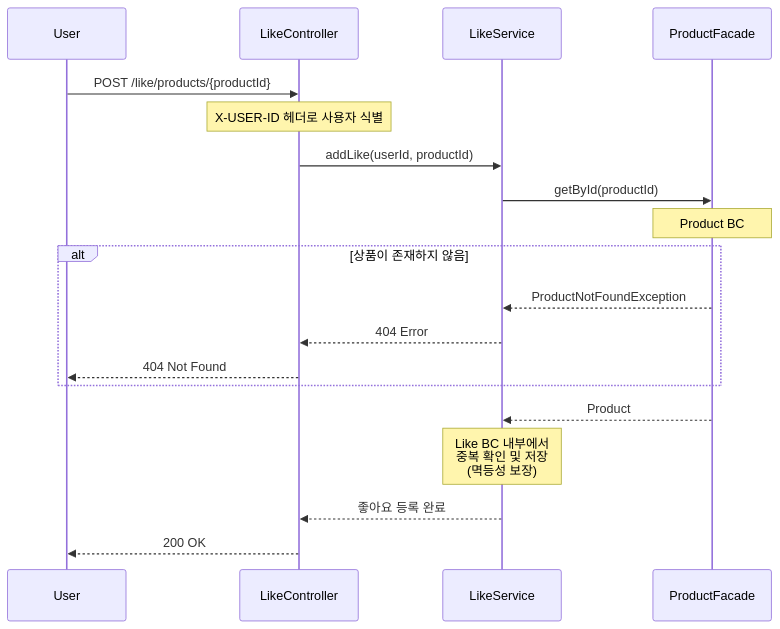
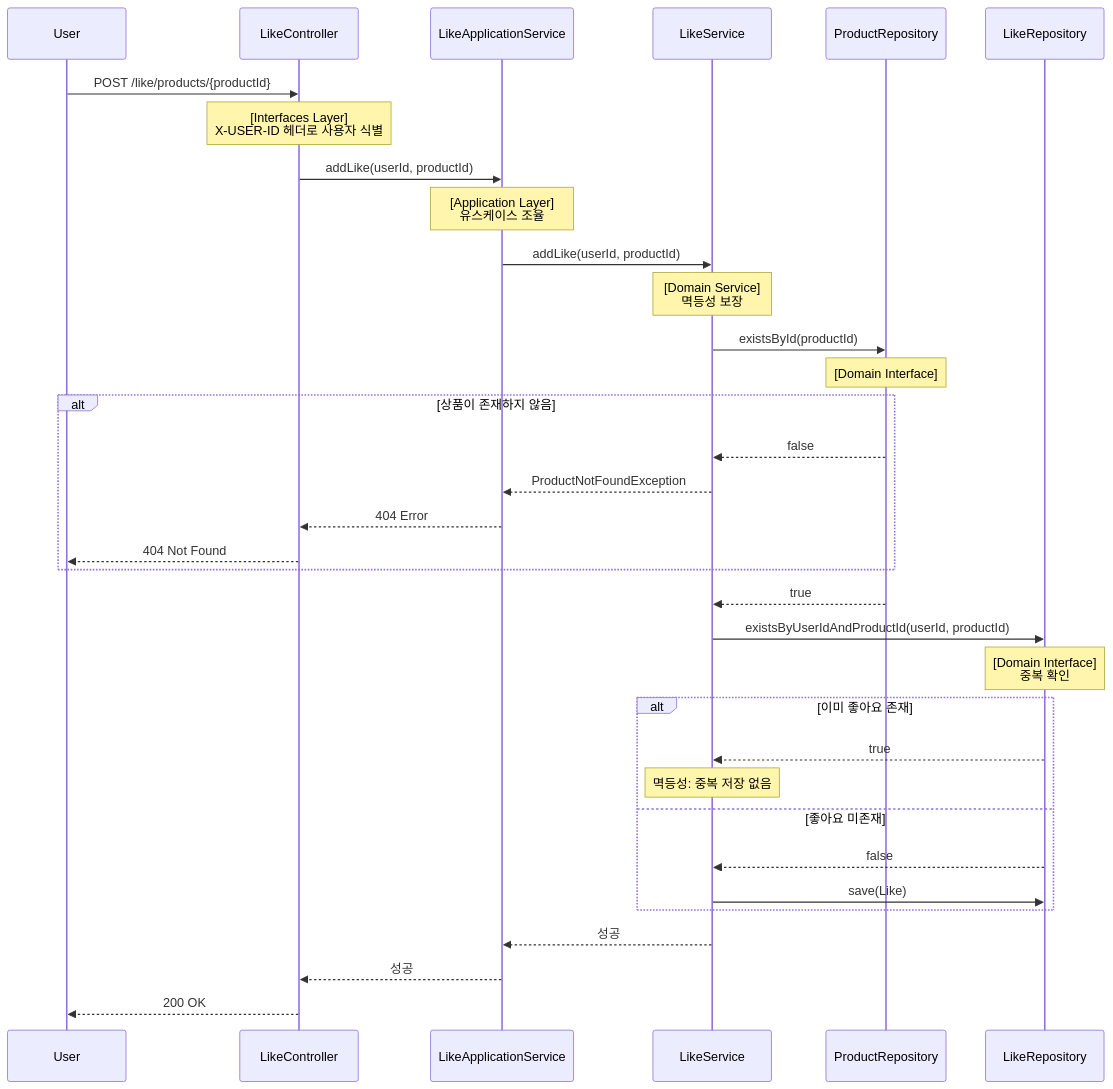
The second of 5 diagrams in .docs/round2/2-sequence-diagrams.md (ghojeong/loopers-spring-kotlin-template), drawn with Mermaid before and after one commit. The commit also changed other lines of this file and 3 other files, not shown here.

````diff
--- a/.docs/round2/2-sequence-diagrams.md
+++ b/.docs/round2/2-sequence-diagrams.md
@@ -46,27 +77,42 @@
 ```mermaid
 sequenceDiagram
     participant User
     participant LikeController
+    participant LikeApplicationService
     participant LikeService
-    participant ProductFacade
+    participant ProductRepository
+    participant LikeRepository
 
     User->>LikeController: POST /like/products/{productId}
-    Note over LikeController: X-USER-ID 헤더로 사용자 식별
+    Note over LikeController: [Interfaces Layer]<br/>X-USER-ID 헤더로 사용자 식별
 
-    LikeController->>LikeService: addLike(userId, productId)
+    LikeController->>LikeApplicationService: addLike(userId, productId)
+    Note over LikeApplicationService: [Application Layer]<br/>유스케이스 조율
 
-    LikeService->>ProductFacade: getById(productId)
-    Note over ProductFacade: Product BC
+    LikeApplicationService->>LikeService: addLike(userId, productId)
+    Note over LikeService: [Domain Service]<br/>멱등성 보장
+
+    LikeService->>ProductRepository: existsById(productId)
+    Note over ProductRepository: [Domain Interface]
     alt 상품이 존재하지 않음
-        ProductFacade-->>LikeService: ProductNotFoundException
-        LikeService-->>LikeController: 404 Error
+        ProductRepository-->>LikeService: false
+        LikeService-->>LikeApplicationService: ProductNotFoundException
+        LikeApplicationService-->>LikeController: 404 Error
         LikeController-->>User: 404 Not Found
     end
+    ProductRepository-->>LikeService: true
 
-    ProductFacade-->>LikeService: Product
+    LikeService->>LikeRepository: existsByUserIdAndProductId(userId, productId)
+    Note over LikeRepository: [Domain Interface]<br/>중복 확인
+    alt 이미 좋아요 존재
+        LikeRepository-->>LikeService: true
+        Note over LikeService: 멱등성: 중복 저장 없음
+    else 좋아요 미존재
+        LikeRepository-->>LikeService: false
+        LikeService->>LikeRepository: save(Like)
+    end
 
-    Note over LikeService: Like BC 내부에서<br/>중복 확인 및 저장<br/>(멱등성 보장)
-
-    LikeService-->>LikeController: 좋아요 등록 완료
+    LikeService-->>LikeApplicationService: 성공
+    LikeApplicationService-->>LikeController: 성공
     LikeController-->>User: 200 OK
 ```
````
